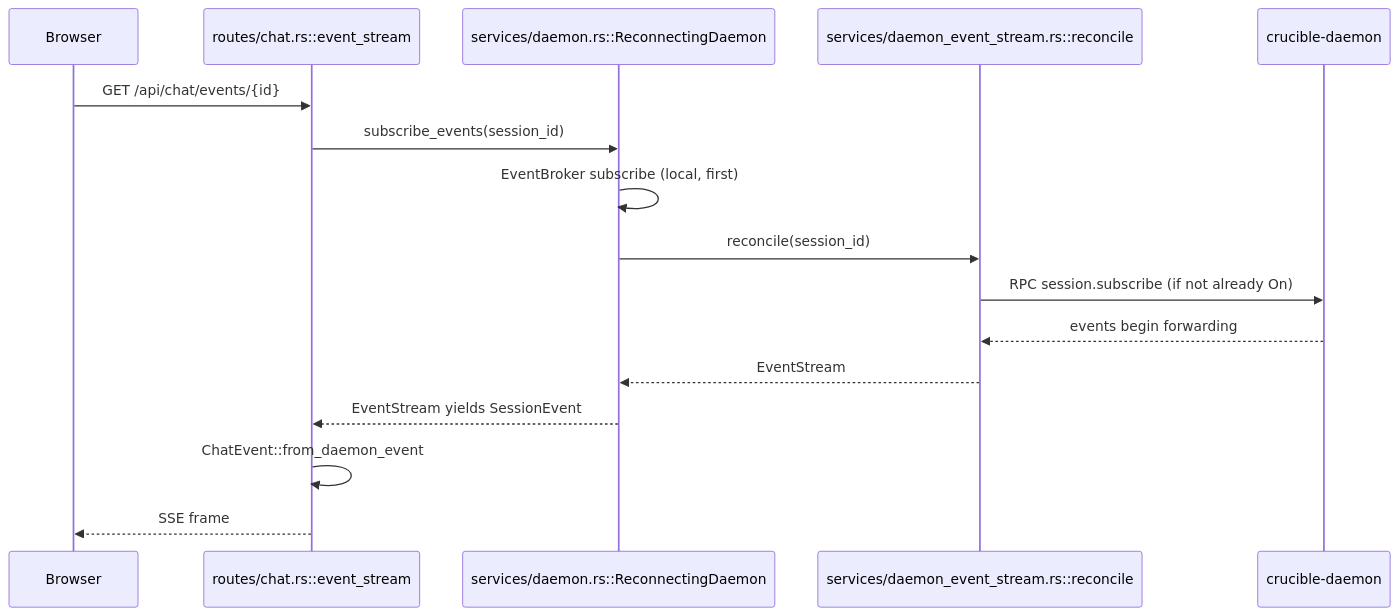
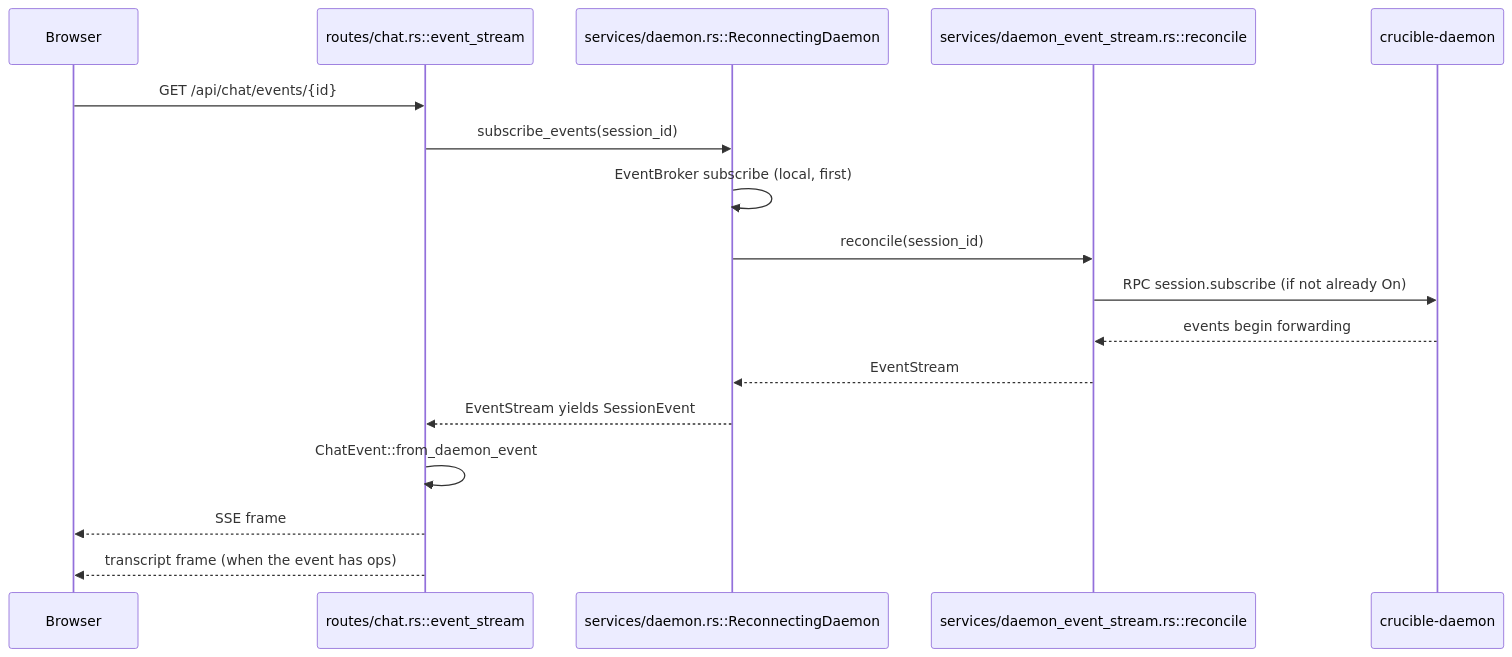
Before and after one commit to Mootikins/crucible: the diagram in docs/Meta/Architecture/Web Server.md, drawn with Mermaid. The commit also changed other lines of this file and 13 other files, not shown here.

First line of the commit message:
feat(web): forward the transcript ops as a second SSE frame

````diff
--- a/docs/Meta/Architecture/Web Server.md
+++ b/docs/Meta/Architecture/Web Server.md
@@ -339,19 +342,20 @@
 ```mermaid
 sequenceDiagram
     participant Browser
     participant Route as routes/chat.rs::event_stream
     participant Reconnecting as services/daemon.rs::ReconnectingDaemon
     participant Interest as services/daemon_event_stream.rs::reconcile
     participant CoreDaemon as crucible-daemon
 
     Browser->>Route: GET /api/chat/events/{id}
     Route->>Reconnecting: subscribe_events(session_id)
     Reconnecting->>Reconnecting: EventBroker subscribe (local, first)
     Reconnecting->>Interest: reconcile(session_id)
     Interest->>CoreDaemon: RPC session.subscribe (if not already On)
     CoreDaemon-->>Interest: events begin forwarding
     Interest-->>Reconnecting: EventStream
     Reconnecting-->>Route: EventStream yields SessionEvent
     Route->>Route: ChatEvent::from_daemon_event
     Route-->>Browser: SSE frame
+    Route-->>Browser: transcript frame (when the event has ops)
 ```
````
